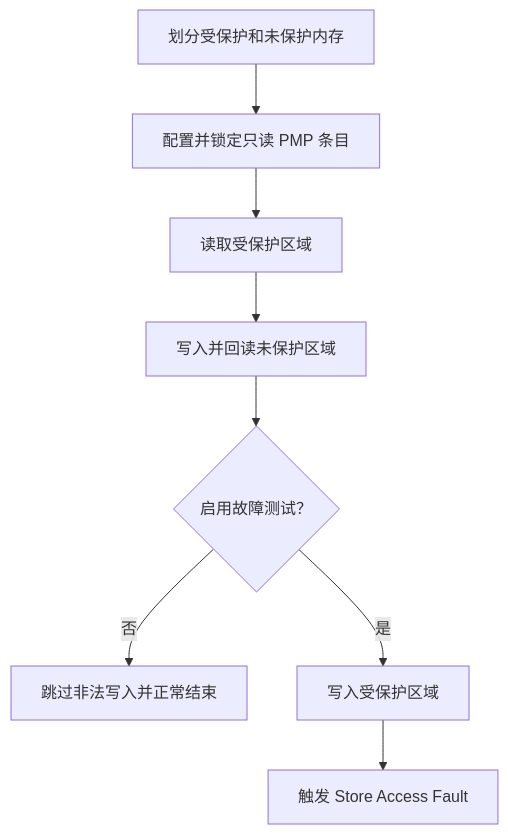
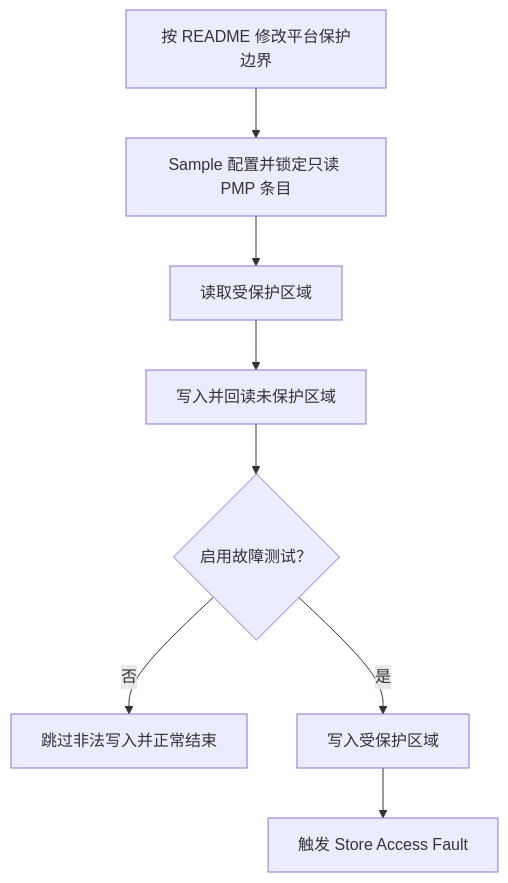
One commit to TEST-YFC/fbb_ws63 changed the diagram in src/application/samples/peripheral/pmp/README.md. Above: the diagram before and after it, drawn with Mermaid. The commit also changed other lines of this file and 4 other files, not shown here.

````diff
--- a/src/application/samples/peripheral/pmp/README.md
+++ b/src/application/samples/peripheral/pmp/README.md
@@ -59,10 +59,10 @@
 ```mermaid
 flowchart TD
-    A["划分受保护和未保护内存"] --> B["配置并锁定只读 PMP 条目"]
+    A["按 README 修改平台保护边界"] --> B["Sample 配置并锁定只读 PMP 条目"]
     B --> C["读取受保护区域"]
     C --> D["写入并回读未保护区域"]
     D --> E{"启用故障测试？"}
     E -- "否" --> F["跳过非法写入并正常结束"]
     E -- "是" --> G["写入受保护区域"]
     G --> H["触发 Store Access Fault"]
 ```
````
